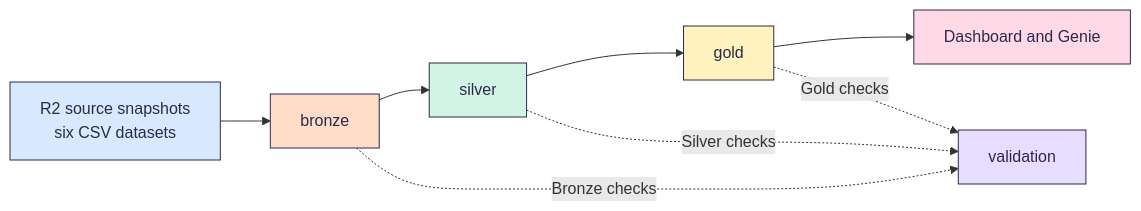
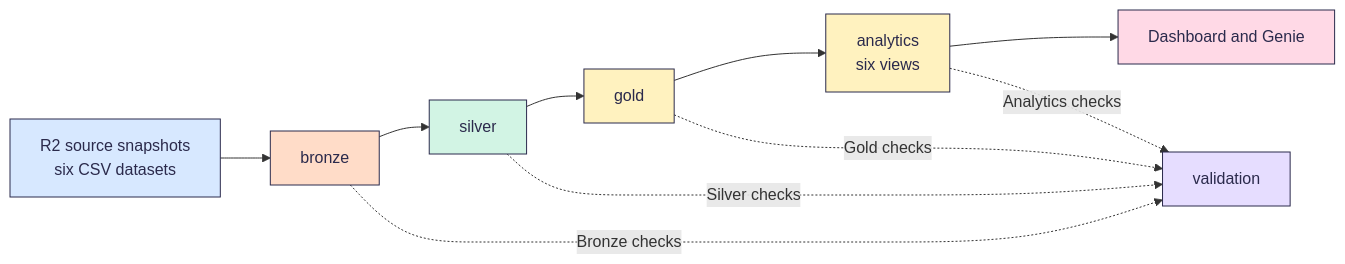
Before and after one commit to Buildabida/infra-project-monitoring: the diagram in README.md, drawn with Mermaid. The commit also changed other lines of this file and 59 other files, not shown here.

First line of the commit message:
[ANALYTICS] Rebuild Analytics as six views with governed province support (D-56, D-57) (#137)

````diff
--- a/README.md
+++ b/README.md
@@ -51,16 +56,18 @@
 ```mermaid
 flowchart LR
     S["R2 source snapshots<br>six CSV datasets"]:::src --> B["bronze"]:::bronze
     B --> SV["silver"]:::silver
     SV --> G["gold"]:::gold
-    G --> D["Dashboard and Genie"]:::dash
+    G --> A["analytics<br>six views"]:::gold
+    A --> D["Dashboard and Genie"]:::dash
     B -. "Bronze checks" .-> V["validation"]:::val
     SV -. "Silver checks" .-> V
     G -. "Gold checks" .-> V
+    A -. "Analytics checks" .-> V
     classDef src fill:#D7E8FF,stroke:#2B2A4C,color:#2B2A4C
     classDef bronze fill:#FFDCC8,stroke:#2B2A4C,color:#2B2A4C
     classDef silver fill:#D2F4E4,stroke:#2B2A4C,color:#2B2A4C
     classDef gold fill:#FFF2BF,stroke:#2B2A4C,color:#2B2A4C
     classDef val fill:#E6DDFF,stroke:#2B2A4C,color:#2B2A4C
     classDef dash fill:#FFD9E6,stroke:#2B2A4C,color:#2B2A4C
 ```
````
